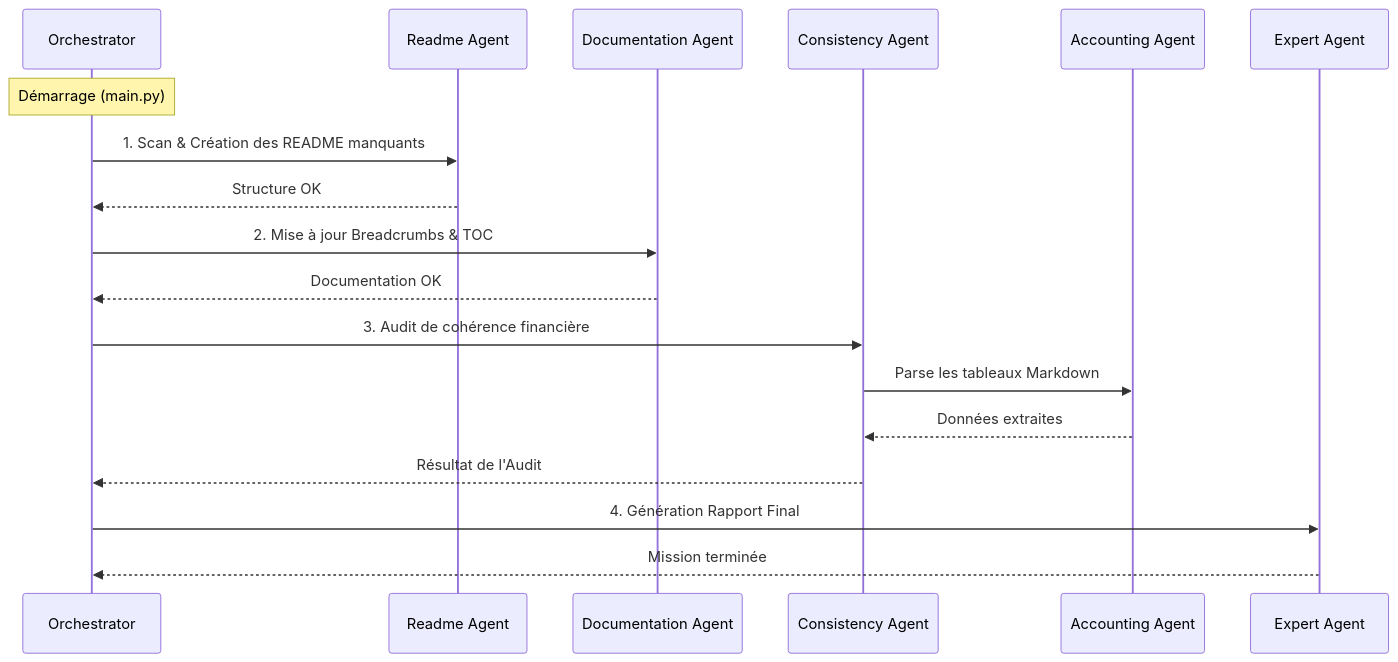
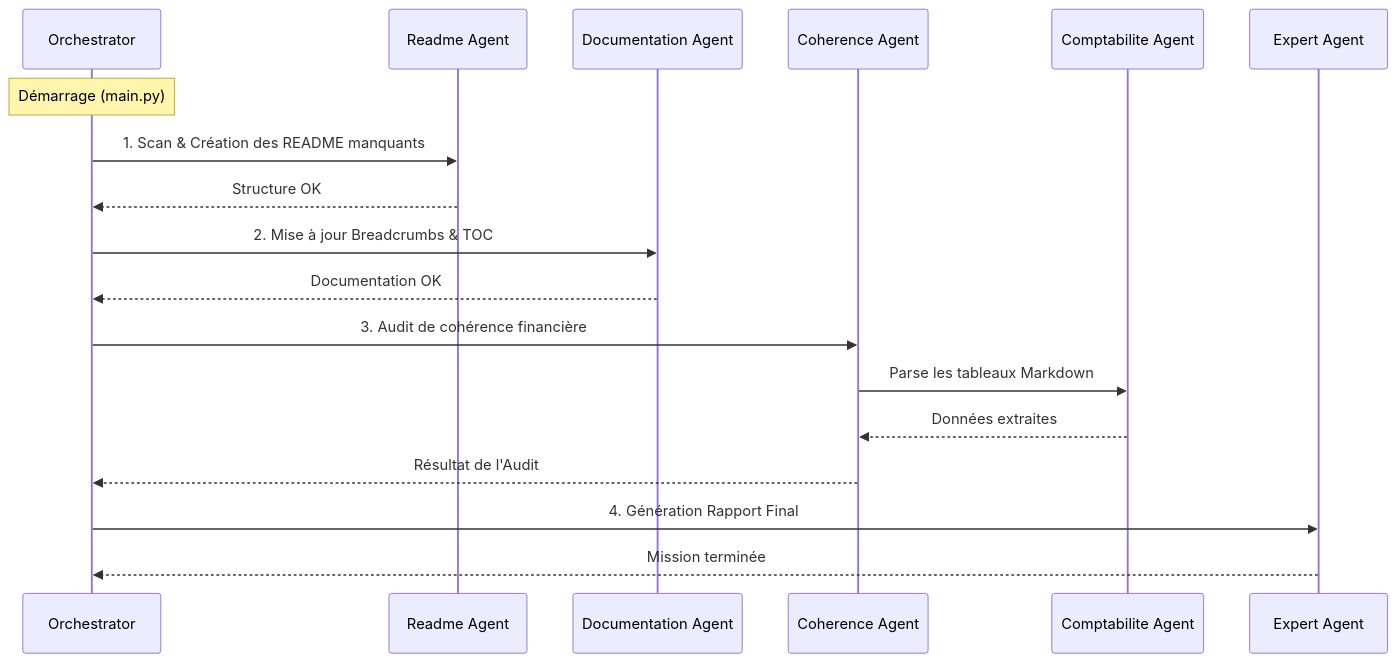
The second of 2 diagrams in .dev/agents/README.md (GribouilleImport/ChezSIA), drawn with Mermaid before and after one commit. The commit also changed other lines of this file and 6 other files, not shown here.

Commit message:
feat: francisation des agents et de la documentation technique\n\n- Renommage de Consistency en Coherence\n- Renommage de Accounting en Comptabilite\n- Mise à jour des dossiers, du code Python et des schémas Mermaid

````diff
--- a/.dev/agents/README.md
+++ b/.dev/agents/README.md
@@ -51,25 +51,25 @@
 ```mermaid
 sequenceDiagram
     participant O as Orchestrator
     participant R as Readme Agent
     participant D as Documentation Agent
-    participant C as Consistency Agent
-    participant A as Accounting Agent
+    participant C as Coherence Agent
+    participant A as Comptabilite Agent
     participant E as Expert Agent
 
     Note over O: Démarrage (main.py)
     
     O->>R: 1. Scan & Création des README manquants
     R-->>O: Structure OK
     
     O->>D: 2. Mise à jour Breadcrumbs & TOC
     D-->>O: Documentation OK
     
     O->>C: 3. Audit de cohérence financière
     C->>A: Parse les tableaux Markdown
     A-->>C: Données extraites
     C-->>O: Résultat de l'Audit
     
     O->>E: 4. Génération Rapport Final
     E-->>O: Mission terminée
 ```
````
